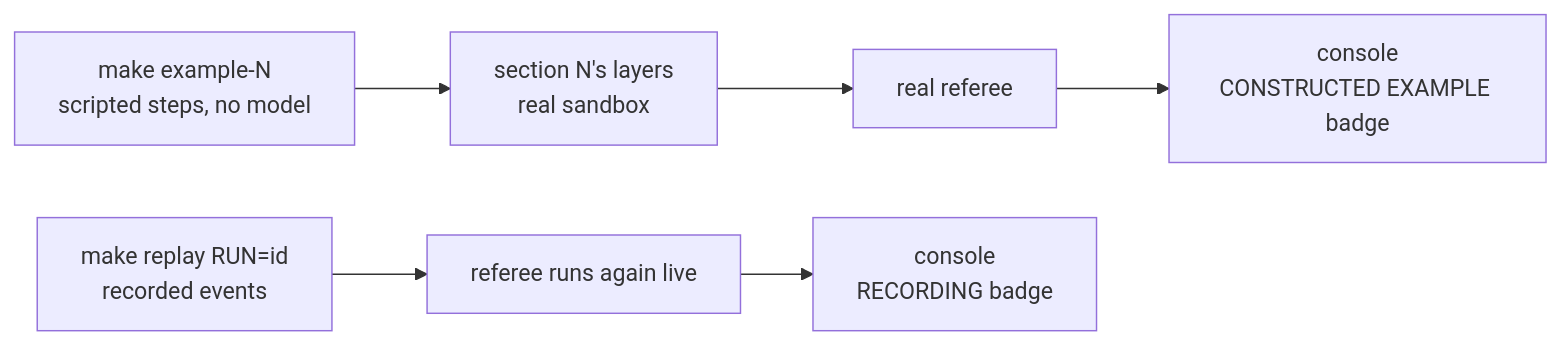
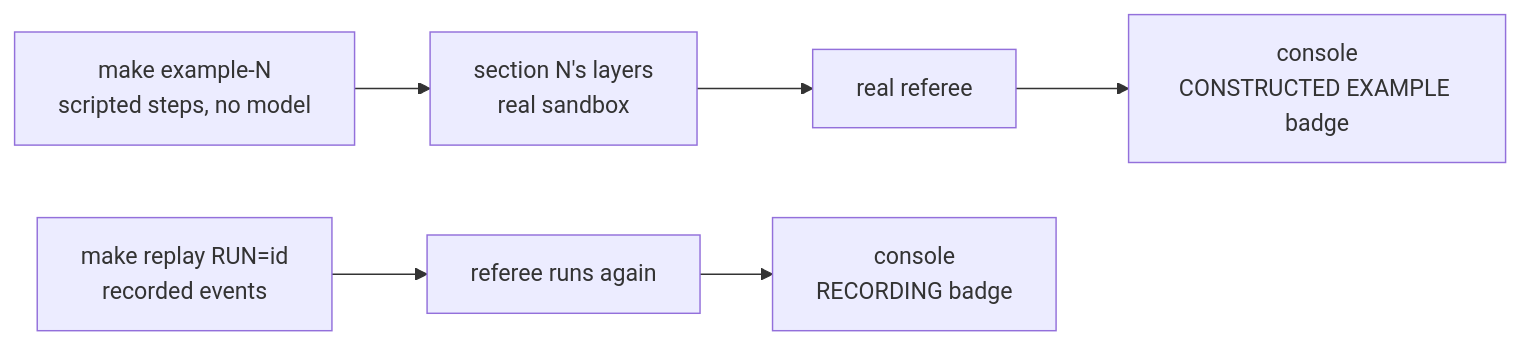
One commit to ANI-IN/shipharness-dev changed the diagram in docs/extras.md. Above: the diagram before and after it, drawn with Mermaid. The commit also changed other lines of this file and 17 other files, not shown here.

````diff
--- a/docs/extras.md
+++ b/docs/extras.md
@@ -18,8 +24,8 @@
 ```mermaid
 flowchart LR
   E["make example-N<br/>scripted steps, no model"] --> S["section N's layers<br/>real sandbox"]
   S --> R["real referee"]
-  P["make replay RUN=id<br/>recorded events"] --> R2["referee runs again live"]
+  P["make replay RUN=id<br/>recorded events"] --> R2["referee runs again"]
   R --> C["console<br/>CONSTRUCTED EXAMPLE badge"]
   R2 --> C2["console<br/>RECORDING badge"]
 ```
````
